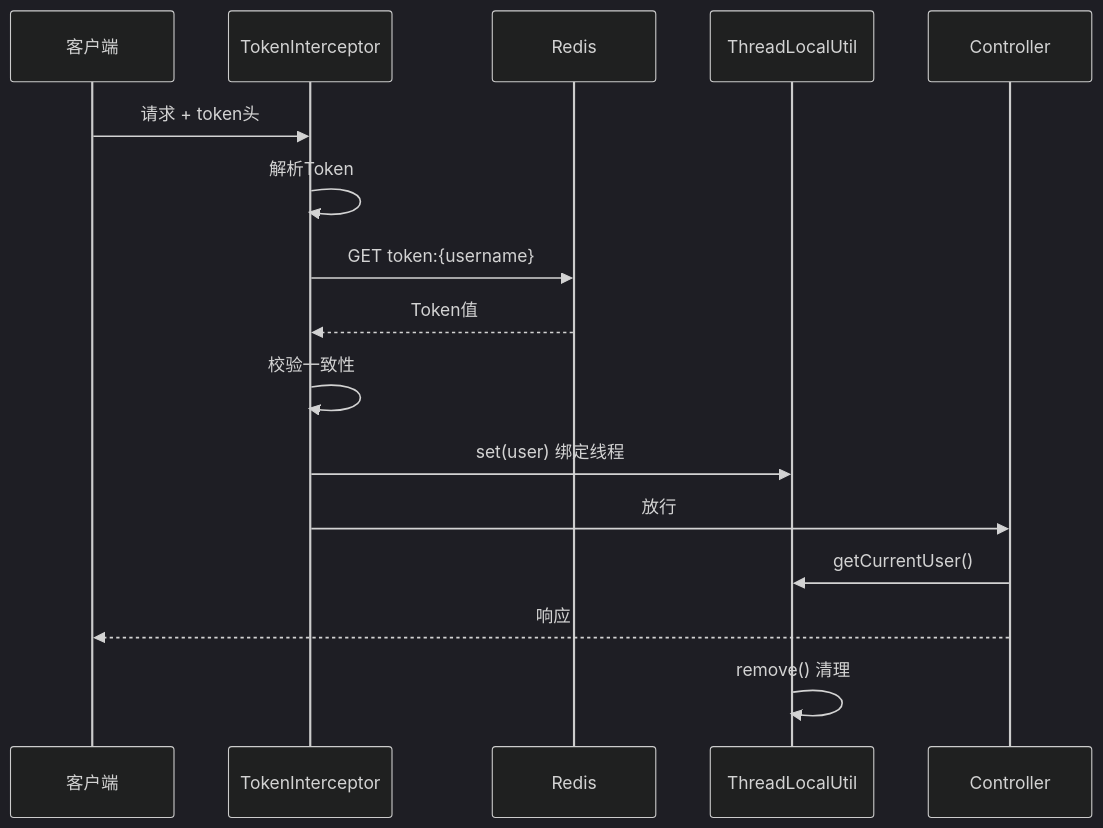
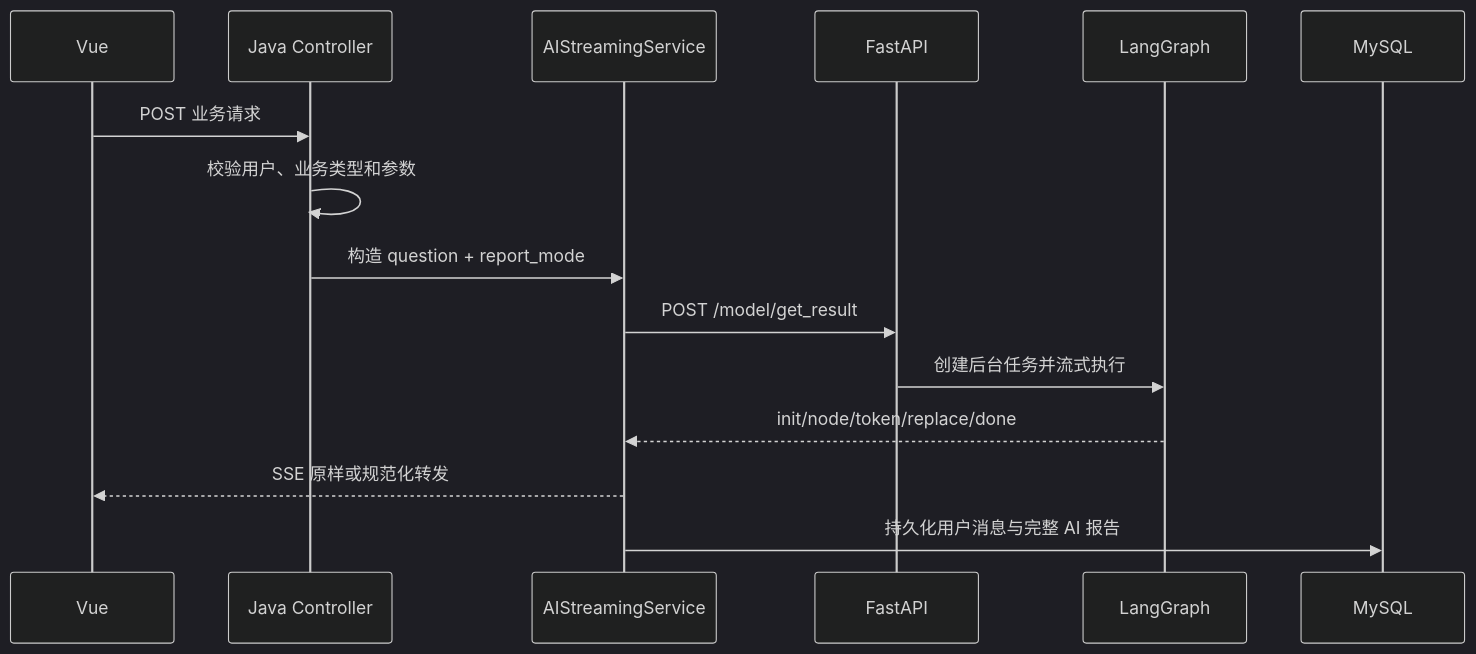
Before and after one commit to AttentionCoo/learning-characterizing-mas: the third of 6 diagrams in docs/architecture/系统设计说明书.md, drawn with Mermaid (dark theme). The commit also changed other lines of this file and 6 other files, not shown here.

````diff
--- a/docs/architecture/系统设计说明书.md
+++ b/docs/architecture/系统设计说明书.md
@@ -561,19 +121,18 @@
 ```mermaid
 sequenceDiagram
-    participant C as 客户端
-    participant I as TokenInterceptor
-    participant R as Redis
-    participant T as ThreadLocalUtil
-    participant CT as Controller
+    participant Vue
+    participant Java as Java Controller
+    participant Service as AIStreamingService
+    participant Model as FastAPI
+    participant Graph as LangGraph
+    participant DB as MySQL
 
-    C->>I: 请求 + token头
-    I->>I: 解析Token
-    I->>R: GET token:{username}
-    R-->>I: Token值
-    I->>I: 校验一致性
-    I->>T: set(user) 绑定线程
-    I->>CT: 放行
-    CT->>T: getCurrentUser()
-    CT-->>C: 响应
-    T->>T: remove() 清理
+    Vue->>Java: POST 业务请求
+    Java->>Java: 校验用户、业务类型和参数
+    Java->>Service: 构造 question + report_mode
+    Service->>Model: POST /model/get_result
+    Model->>Graph: 创建后台任务并流式执行
+    Graph-->>Service: init/node/token/replace/done
+    Service-->>Vue: SSE 原样或规范化转发
+    Service->>DB: 持久化用户消息与完整 AI 报告
 ```
````
